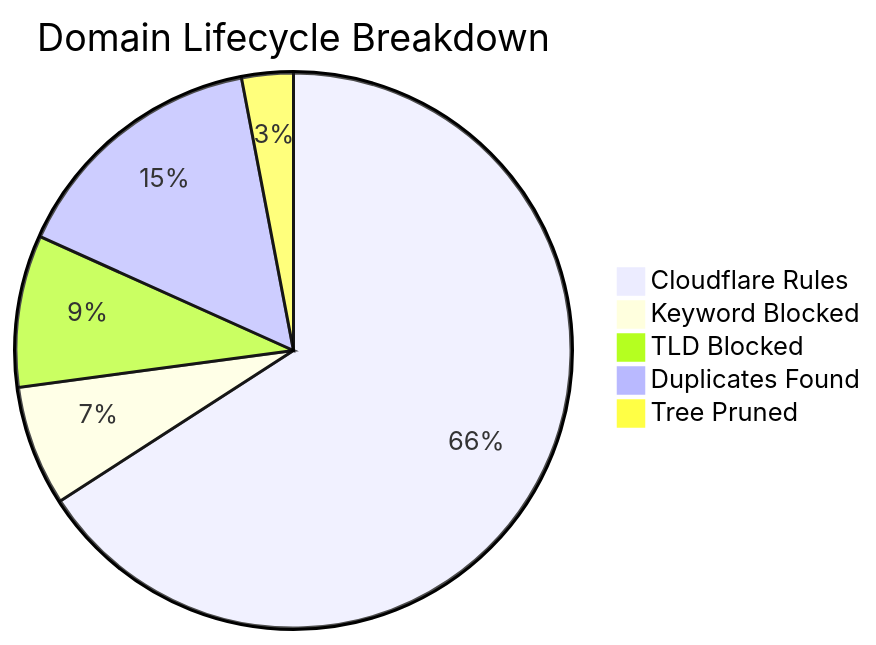
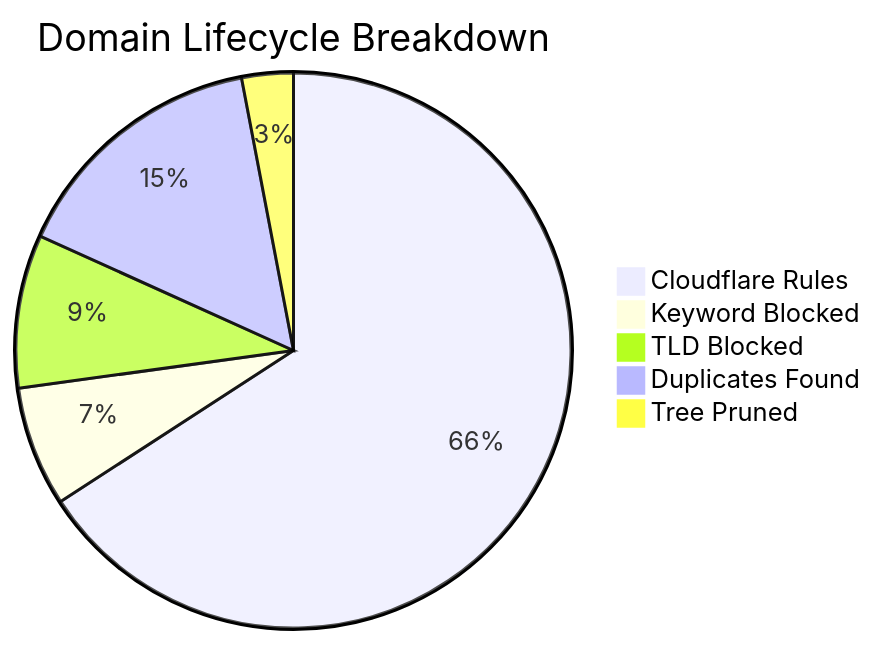
One commit to brojangles24/Cloudflare-ZeroTrust-AdBlock changed the diagram in README_STATS.md. Above: the diagram before and after it, drawn with Mermaid. The commit also changed other lines of this file and 1 other file, not shown here.

````diff
--- a/README_STATS.md
+++ b/README_STATS.md
@@ -5,8 +5,8 @@
 ```mermaid
 pie title Domain Lifecycle Breakdown
-    "Cloudflare Rules" : 269879
-    "Keyword Blocked" : 28662
-    "TLD Blocked" : 36249
-    "Duplicates Found" : 62573
+    "Cloudflare Rules" : 269955
+    "Keyword Blocked" : 28642
+    "TLD Blocked" : 36594
+    "Duplicates Found" : 62531
     "Tree Pruned" : 12297
 ```
````
